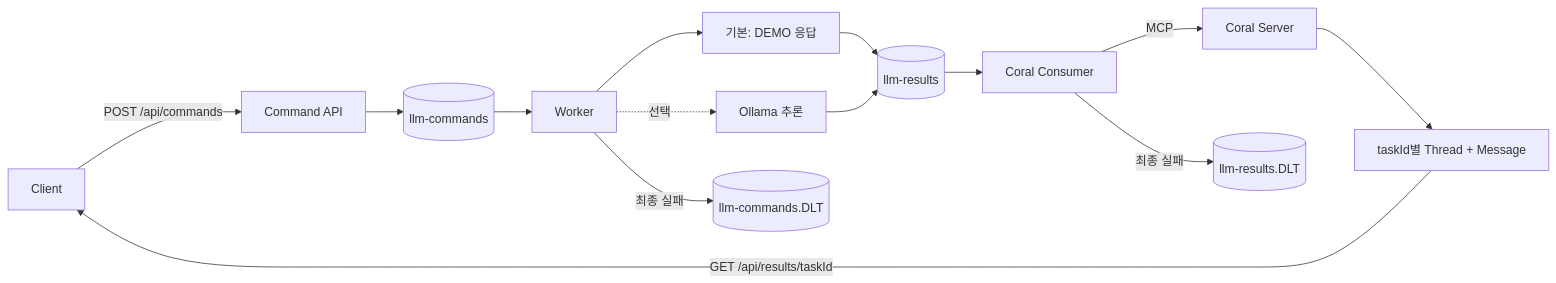
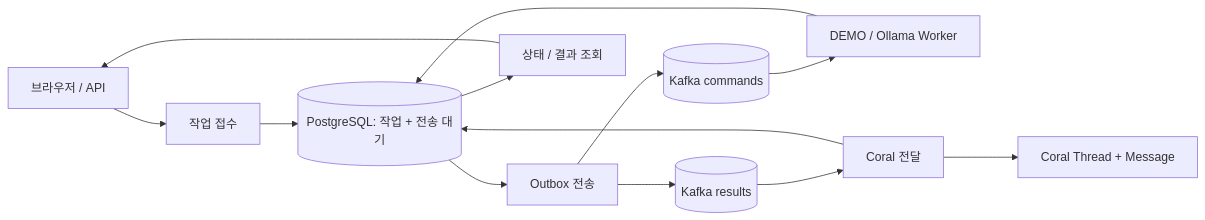
One commit to deepwhale-labs/event-driven-llm changed the diagram in README.md. Above: the diagram before and after it, drawn with Mermaid. The commit also changed other lines of this file and 34 other files, not shown here.

First line of the commit message:
feat: add durable LLM jobs and dynamic Kafka workbench

````diff
--- a/README.md
+++ b/README.md
@@ -5,16 +9,15 @@
 ```mermaid
 flowchart LR
-    Client -->|POST /api/commands| API[Command API]
-    API --> Commands[(llm-commands)]
-    Commands --> Worker[Worker]
-    Worker --> Demo[기본: DEMO 응답]
-    Worker -. 선택 .-> Ollama[Ollama 추론]
-    Demo --> Results[(llm-results)]
-    Ollama --> Results
-    Results --> Notifier[Coral Consumer]
-    Notifier -->|MCP| Coral[Coral Server]
-    Coral --> Thread[taskId별 Thread + Message]
-    Thread -->|GET /api/results/taskId| Client
-    Worker -->|최종 실패| CDLT[(llm-commands.DLT)]
-    Notifier -->|최종 실패| RDLT[(llm-results.DLT)]
+    Client[브라우저 / API] --> API[작업 접수]
+    API --> DB[(PostgreSQL: 작업 + 전송 대기)]
+    DB --> Publisher[Outbox 전송]
+    Publisher --> Commands[(Kafka commands)]
+    Commands --> Worker[DEMO / Ollama Worker]
+    Worker --> DB
+    Publisher --> Results[(Kafka results)]
+    Results --> Notifier[Coral 전달]
+    Notifier --> Coral[Coral Thread + Message]
+    Notifier --> DB
+    DB --> Query[상태 / 결과 조회]
+    Query --> Client
 ```
````
